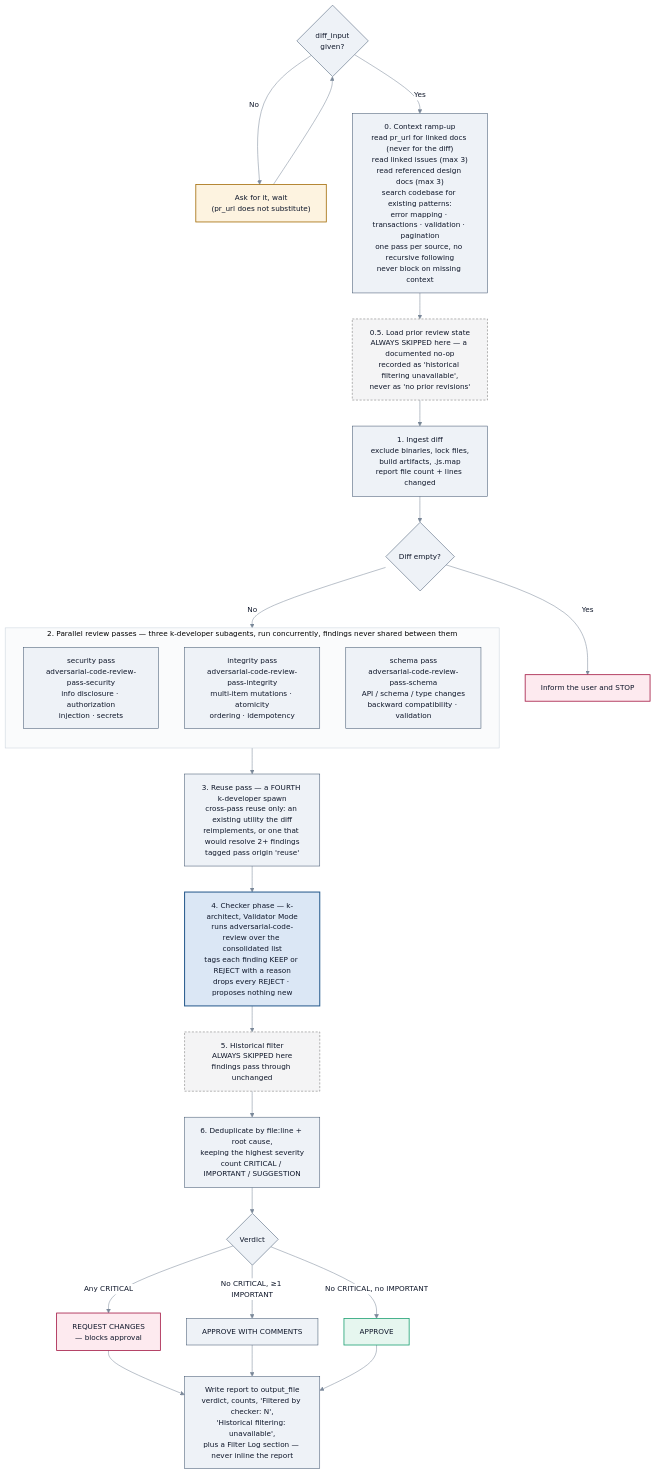
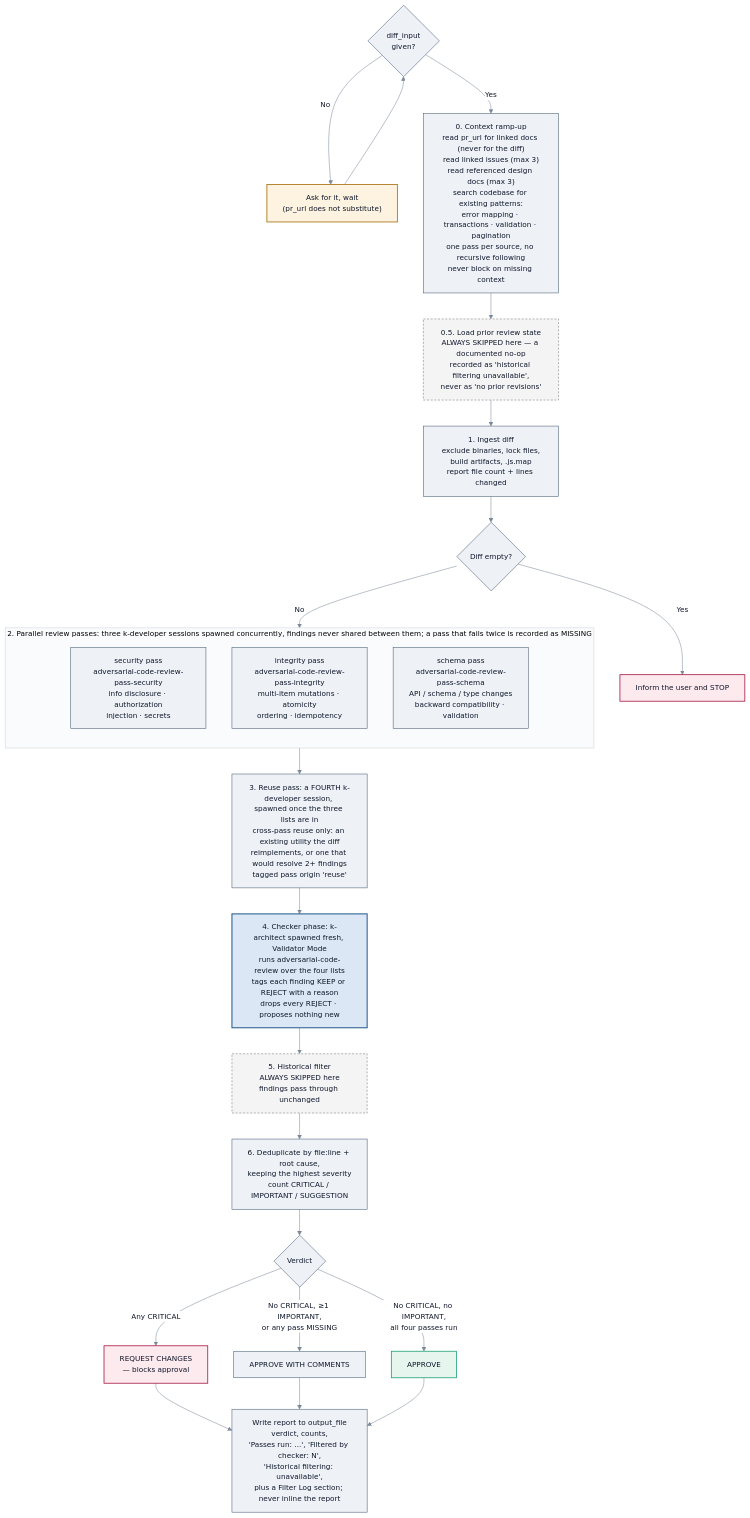
Before and after one commit to aws-solutions/konductor: the third of 4 diagrams in docs/user-guide/sop-workflows/code-review.md, drawn with Mermaid. The commit also changed other lines of this file and 43 other files, not shown here.

````diff
--- a/docs/user-guide/sop-workflows/code-review.md
+++ b/docs/user-guide/sop-workflows/code-review.md
@@ -311,52 +324,52 @@
 ```mermaid
 %%{init:{'theme':'base','themeVariables':{'fontSize':'14px','primaryColor':'#eef2f7','primaryTextColor':'#0f172a','primaryBorderColor':'#40556e','lineColor':'#7a8899','textColor':'#0f172a','edgeLabelBackground':'#ffffff','clusterBkg':'#fafbfc','clusterBorder':'#c9d2dc'}}}%%
 flowchart TD
     P{"diff_input<br/>given?"} -->|No| Ask["Ask for it, wait<br/>(pr_url does not substitute)"]
     Ask --> P
     P -->|Yes| S0
 
     S0["0. Context ramp-up<br/>read pr_url for linked docs (never for the diff)<br/>read linked issues (max 3)<br/>read referenced design docs (max 3)<br/>search codebase for existing patterns:<br/>error mapping · transactions · validation · pagination<br/>one pass per source, no recursive following<br/>never block on missing context"]
 
     S0 --> Half["0.5. Load prior review state<br/>ALWAYS SKIPPED here — a documented no-op<br/>recorded as 'historical filtering unavailable',<br/>never as 'no prior revisions'"]
     Half --> S1["1. Ingest diff<br/>exclude binaries, lock files,<br/>build artifacts, .js.map<br/>report file count + lines changed"]
     S1 --> Empty{"Diff empty?"}
     Empty -->|Yes| Stop["Inform the user and STOP"]
     Empty -->|No| Passes
 
-    subgraph Passes["2. Parallel review passes — three k-developer subagents, run concurrently, findings never shared between them"]
+    subgraph Passes["2. Parallel review passes: three k-developer sessions spawned concurrently, findings never shared between them; a pass that fails twice is recorded as MISSING"]
         direction TB
         S2a["security pass<br/>adversarial-code-review-pass-security<br/>info disclosure · authorization<br/>injection · secrets"]
         S2b["integrity pass<br/>adversarial-code-review-pass-integrity<br/>multi-item mutations · atomicity<br/>ordering · idempotency"]
         S2c["schema pass<br/>adversarial-code-review-pass-schema<br/>API / schema / type changes<br/>backward compatibility · validation"]
     end
 
-    Passes --> S3["3. Reuse pass — a FOURTH k-developer spawn<br/>cross-pass reuse only: an existing utility the diff<br/>reimplements, or one that would resolve 2+ findings<br/>tagged pass origin 'reuse'"]
+    Passes --> S3["3. Reuse pass: a FOURTH k-developer session, spawned once the three lists are in<br/>cross-pass reuse only: an existing utility the diff<br/>reimplements, or one that would resolve 2+ findings<br/>tagged pass origin 'reuse'"]
 
-    S3 --> S4["4. Checker phase — k-architect, Validator Mode<br/>runs adversarial-code-review over the consolidated list<br/>tags each finding KEEP or REJECT with a reason<br/>drops every REJECT · proposes nothing new"]
+    S3 --> S4["4. Checker phase: k-architect spawned fresh, Validator Mode<br/>runs adversarial-code-review over the four lists<br/>tags each finding KEEP or REJECT with a reason<br/>drops every REJECT · proposes nothing new"]
 
     S4 --> S5["5. Historical filter<br/>ALWAYS SKIPPED here<br/>findings pass through unchanged"]
 
     S5 --> S6["6. Deduplicate by file:line + root cause,<br/>keeping the highest severity<br/>count CRITICAL / IMPORTANT / SUGGESTION"]
 
     S6 --> V{"Verdict"}
     V -->|"Any CRITICAL"| RC["REQUEST CHANGES<br/>— blocks approval"]
-    V -->|"No CRITICAL, ≥1 IMPORTANT"| AC["APPROVE WITH COMMENTS"]
-    V -->|"No CRITICAL, no IMPORTANT"| AP["APPROVE"]
+    V -->|"No CRITICAL, ≥1 IMPORTANT,<br/>or any pass MISSING"| AC["APPROVE WITH COMMENTS"]
+    V -->|"No CRITICAL, no IMPORTANT,<br/>all four passes run"| AP["APPROVE"]
 
     RC --> W
     AC --> W
     AP --> W
-    W["Write report to output_file<br/>verdict, counts, 'Filtered by checker: N',<br/>'Historical filtering: unavailable',<br/>plus a Filter Log section — never inline the report"]
+    W["Write report to output_file<br/>verdict, counts,<br/>'Passes run: ...', 'Filtered by checker: N',<br/>'Historical filtering: unavailable',<br/>plus a Filter Log section; never inline the report"]
 
     class Half,S5 muted
     class Ask gate
     class Stop,RC stop
     class AP good
     class S4 focus
 
     classDef gate fill:#fdf3e0,stroke:#a06800,stroke-width:1.5px,color:#0f172a;
     classDef stop fill:#fdeaef,stroke:#a1123f,stroke-width:1.5px,color:#0f172a;
     classDef good fill:#e6f6ef,stroke:#199e70,stroke-width:1.5px,color:#0f172a;
     classDef muted fill:#f4f4f5,stroke:#8a8a8a,stroke-width:1.2px,color:#0f172a,stroke-dasharray:4 3;
     classDef focus fill:#dbe7f5,stroke:#2a5d8f,stroke-width:2px,color:#0f172a;
 ```
````
